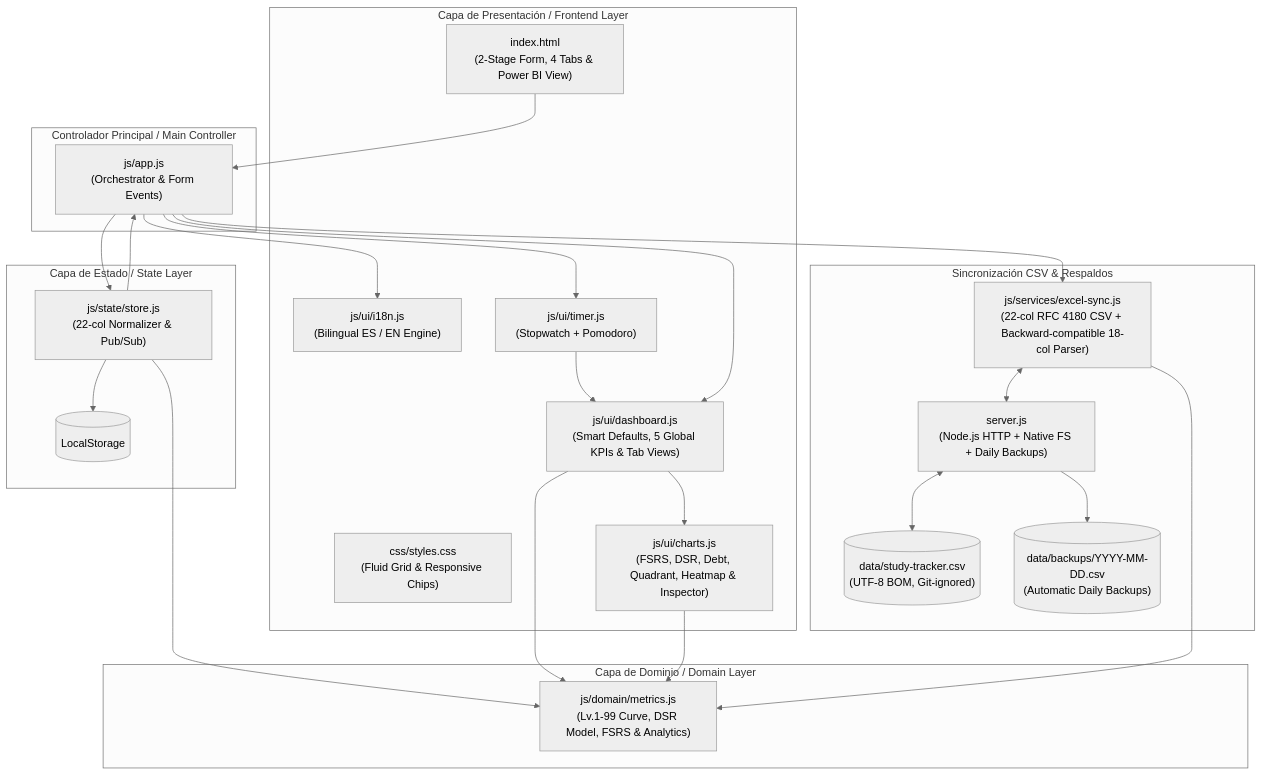
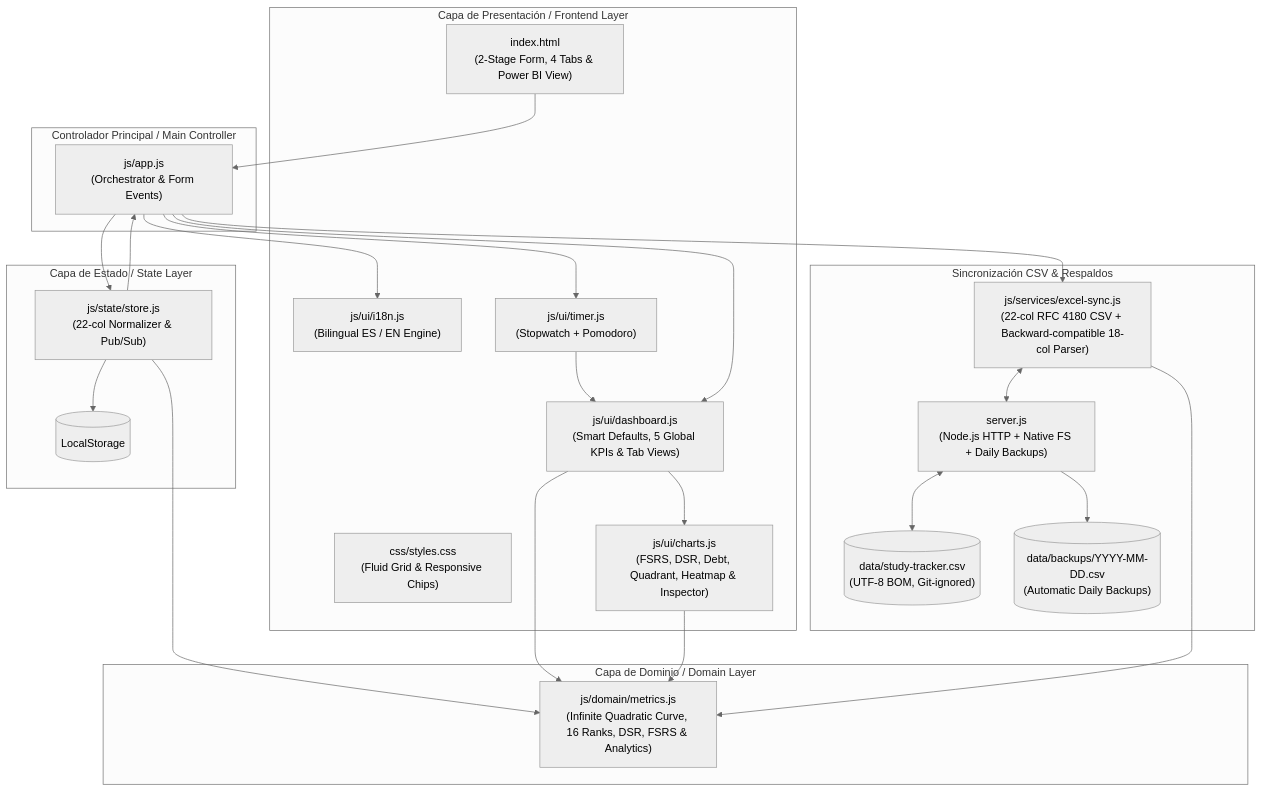
The diagram in README.md (carloamezcua/study-tracker), drawn with Mermaid (neutral theme) before and after one commit. The commit also changed other lines of this file and 8 other files, not shown here.

Commit message:
docs: actualizar README, ADRs, roadmap y guia v4.0 con curva cuadratica de XP y rangos profesionales

````diff
--- a/README.md
+++ b/README.md
@@ -87,49 +88,49 @@
 ```mermaid
 flowchart TD
     subgraph UI["Capa de Presentación / Frontend Layer"]
         HTML["index.html\n(2-Stage Form, 4 Tabs & Power BI View)"]
         CSS["css/styles.css\n(Fluid Grid & Responsive Chips)"]
         I18N["js/ui/i18n.js\n(Bilingual ES / EN Engine)"]
         TIMER["js/ui/timer.js\n(Stopwatch + Pomodoro)"]
         DASH["js/ui/dashboard.js\n(Smart Defaults, 5 Global KPIs & Tab Views)"]
         CHARTS["js/ui/charts.js\n(FSRS, DSR, Debt, Quadrant, Heatmap & Inspector)"]
     end
 
     subgraph Controller["Controlador Principal / Main Controller"]
         APP["js/app.js\n(Orchestrator & Form Events)"]
     end
 
     subgraph State["Capa de Estado / State Layer"]
         STORE["js/state/store.js\n(22-col Normalizer & Pub/Sub)"]
         LS[("LocalStorage")]
     end
 
     subgraph Domain["Capa de Dominio / Domain Layer"]
-        METRICS["js/domain/metrics.js\n(Lv.1-99 Curve, DSR Model, FSRS & Analytics)"]
+        METRICS["js/domain/metrics.js\n(Infinite Quadratic Curve, 16 Ranks, DSR, FSRS & Analytics)"]
     end
 
     subgraph Sync["Sincronización CSV & Respaldos"]
         SYNC["js/services/excel-sync.js\n(22-col RFC 4180 CSV + Backward-compatible 18-col Parser)"]
         SERVER["server.js\n(Node.js HTTP + Native FS + Daily Backups)"]
         CSV[("data/study-tracker.csv\n(UTF-8 BOM, Git-ignored)")]
         BACKUPS[("data/backups/YYYY-MM-DD.csv\n(Automatic Daily Backups)")]
     end
 
     HTML --> APP
     APP --> I18N
     APP --> TIMER
     TIMER --> DASH
     APP --> STORE
     STORE --> LS
     STORE --> APP
     APP --> DASH
     DASH --> CHARTS
     APP --> SYNC
     SYNC <--> SERVER
     SERVER <--> CSV
     SERVER --> BACKUPS
     STORE --> METRICS
     DASH --> METRICS
     CHARTS --> METRICS
     SYNC --> METRICS
 ```
````
